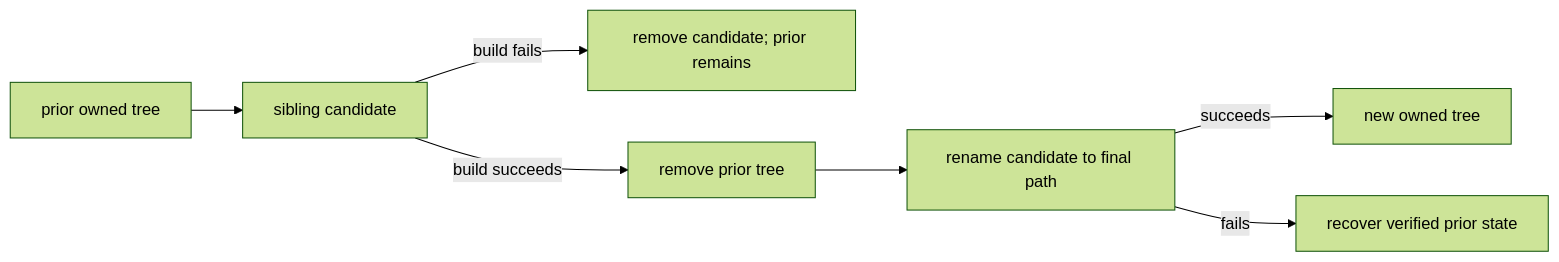
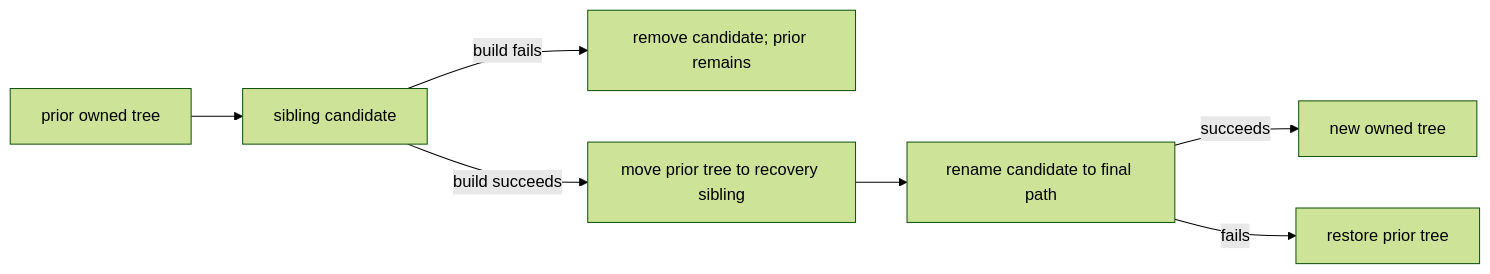
The second of 3 diagrams in docs/public/pollenomics/operations/failure-recovery.md (bijux/bijux-pollenomics), drawn with Mermaid (forest theme) before and after one commit. The commit also changed other lines of this file and 9 other files, not shown here.

````diff
--- a/docs/public/pollenomics/operations/failure-recovery.md
+++ b/docs/public/pollenomics/operations/failure-recovery.md
@@ -45,9 +46,9 @@
 ```mermaid
 flowchart LR
     PriorTree["prior owned tree"] --> CandidateTree["sibling candidate"]
     CandidateTree -->|build fails| Cleanup["remove candidate; prior remains"]
-    CandidateTree -->|build succeeds| Remove["remove prior tree"]
-    Remove --> Rename["rename candidate to final path"]
+    CandidateTree -->|build succeeds| Protect["move prior tree to recovery sibling"]
+    Protect --> Rename["rename candidate to final path"]
     Rename -->|succeeds| CurrentTree["new owned tree"]
-    Rename -->|fails| Restore["recover verified prior state"]
+    Rename -->|fails| Restore["restore prior tree"]
 ```
````
